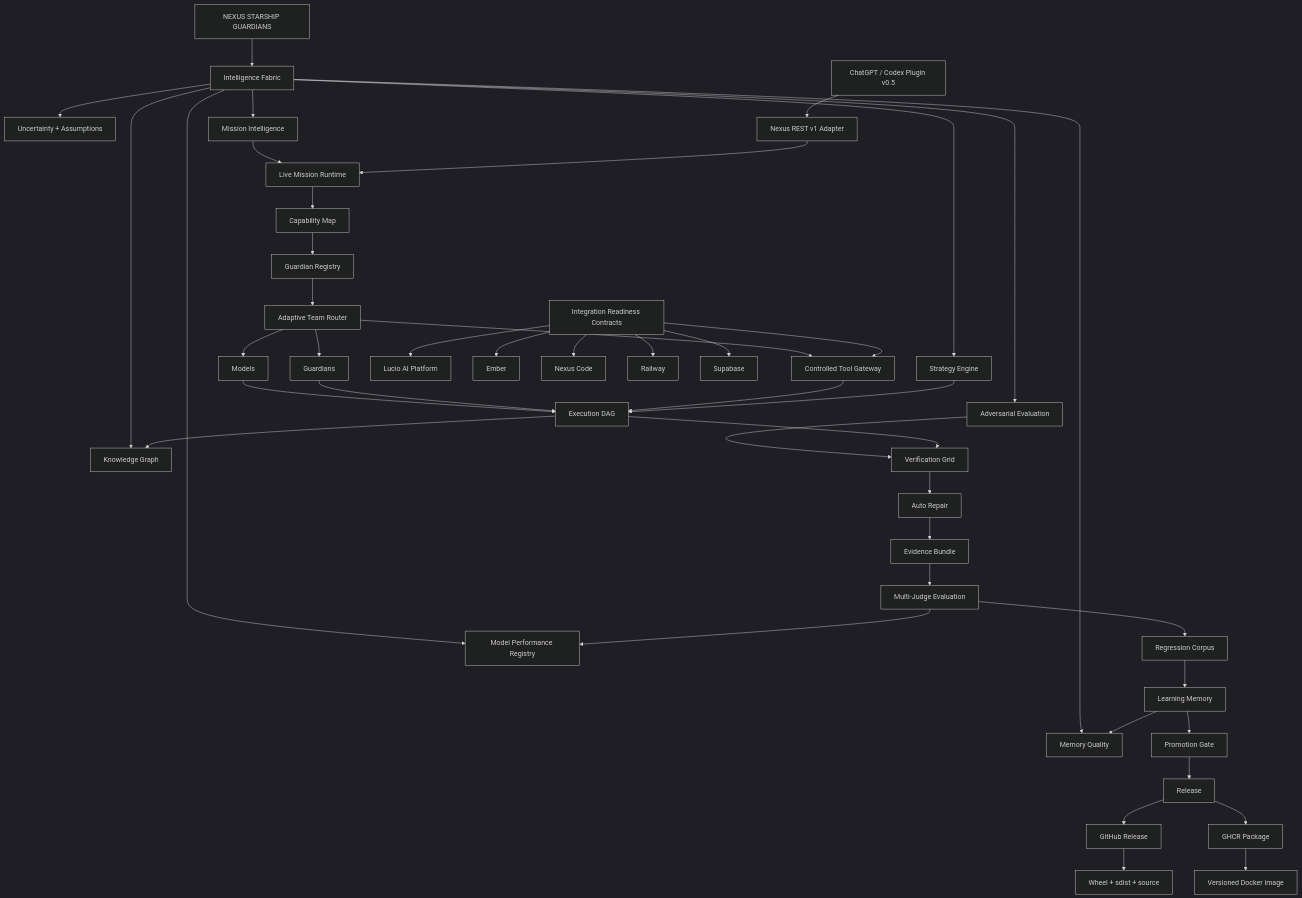
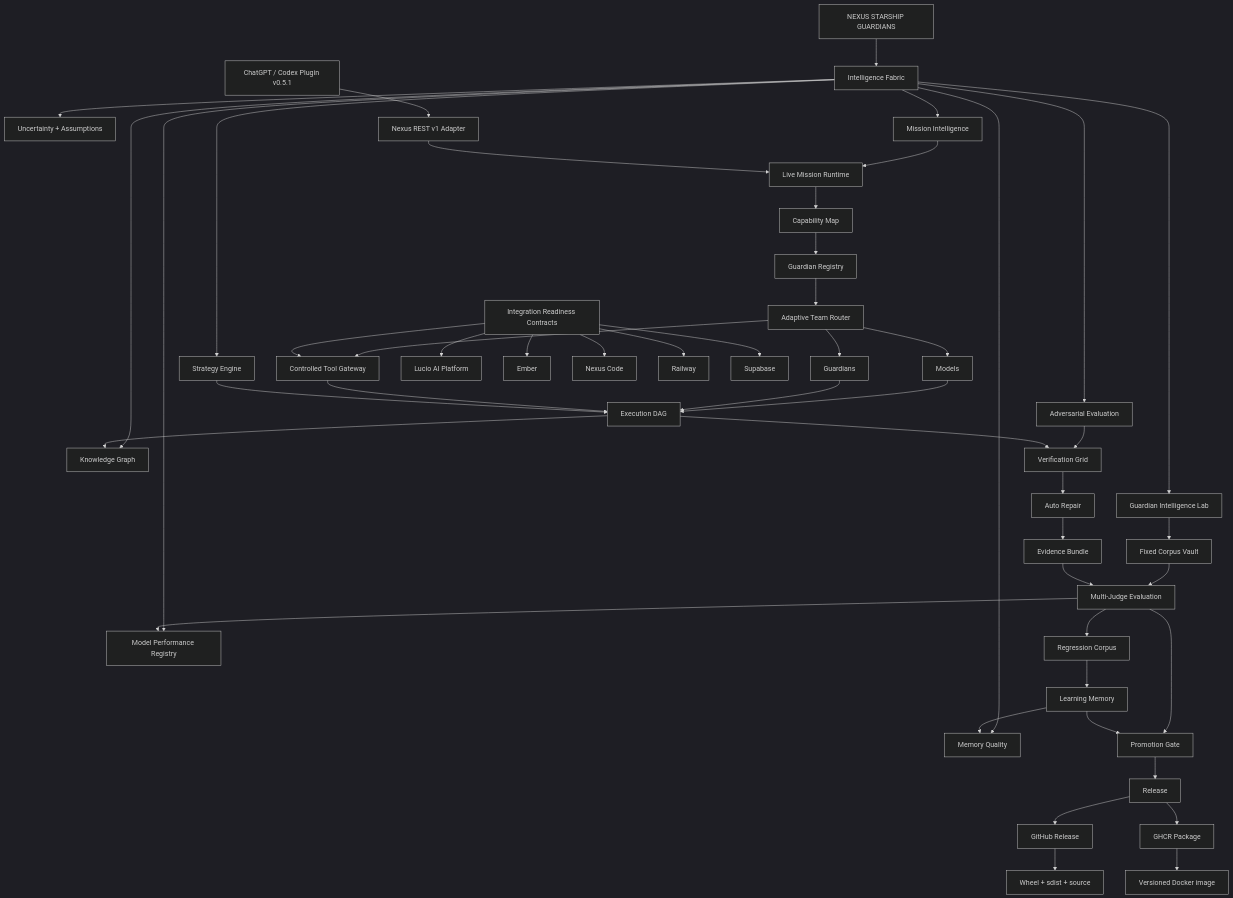
The diagram in docs/CURRENT_STATE.md (lois4801/NEXUS-Starship-Guardians), drawn with Mermaid (dark theme) before and after one commit. The commit also changed other lines of this file, not shown here.

Commit message:
Add fixed-corpus Intelligence Lab to current state graph

````diff
--- a/docs/CURRENT_STATE.md
+++ b/docs/CURRENT_STATE.md
@@ -9,52 +9,56 @@
 ```mermaid
 flowchart TD
     A[NEXUS STARSHIP GUARDIANS] --> B[Intelligence Fabric]
 
     B --> B1[Knowledge Graph]
     B --> B2[Strategy Engine]
     B --> B3[Memory Quality]
     B --> B4[Model Performance Registry]
     B --> B5[Adversarial Evaluation]
     B --> B6[Uncertainty + Assumptions]
+    B --> B7[Guardian Intelligence Lab]
+    B7 --> B8[Fixed Corpus Vault]
 
     B --> C[Mission Intelligence]
     C --> D[Live Mission Runtime]
     D --> E[Capability Map]
     E --> F[Guardian Registry]
     F --> G[Adaptive Team Router]
     G --> H[Models]
     G --> I[Guardians]
     G --> J[Controlled Tool Gateway]
 
     X[Integration Readiness Contracts] --> J
     X --> X1[Lucio AI Platform]
     X --> X2[Ember]
     X --> X3[Nexus Code]
     X --> X4[Railway]
     X --> X5[Supabase]
 
     H --> K[Execution DAG]
     I --> K
     J --> K
     B2 --> K
     B5 --> L[Verification Grid]
     K --> L
     L --> M[Auto Repair]
     M --> N[Evidence Bundle]
-    N --> O[Multi-Judge Evaluation]
+    B8 --> O[Multi-Judge Evaluation]
+    N --> O
     O --> P[Regression Corpus]
     P --> Q[Learning Memory]
     Q --> B3
     O --> B4
     K --> B1
-    Q --> R[Promotion Gate]
+    O --> R[Promotion Gate]
+    Q --> R
     R --> S[Release]
 
-    T[ChatGPT / Codex Plugin v0.5] --> U[Nexus REST v1 Adapter]
+    T[ChatGPT / Codex Plugin v0.5.1] --> U[Nexus REST v1 Adapter]
     U --> D
 
     S --> V[GitHub Release]
     S --> W[GHCR Package]
     V --> Y[Wheel + sdist + source]
     W --> Z[Versioned Docker image]
 ```
````
